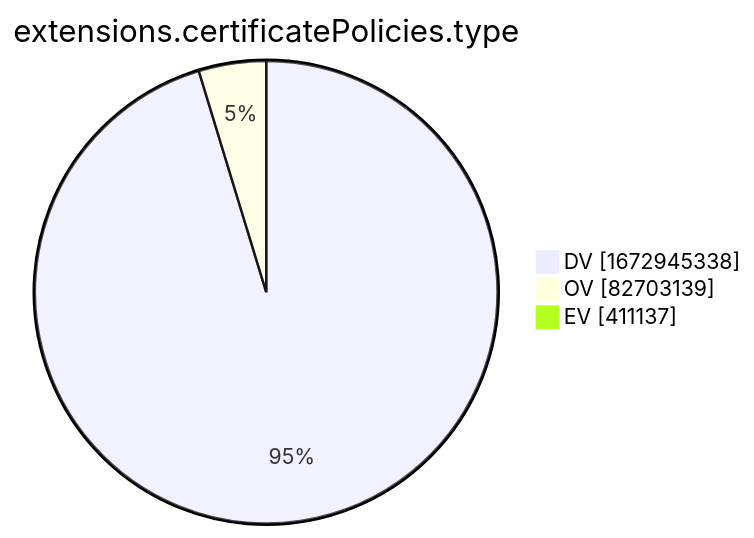
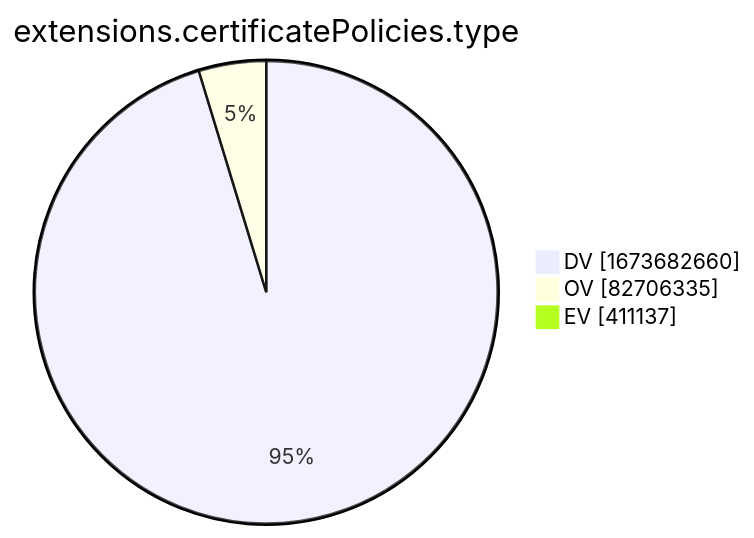
One commit to christiankrug/ctmonitor_visualization changed the tenth of 15 diagrams in xenon2022/README.md. Above: the diagram before and after it, drawn with Mermaid. The commit also changed other lines of this file, not shown here.

````diff
--- a/xenon2022/README.md
+++ b/xenon2022/README.md
@@ -2880,7 +2880,7 @@
 ```mermaid
 pie showData
 title extensions.certificatePolicies.type
-"DV" :1672945338
-"OV" :82703139
+"DV" :1673682660
+"OV" :82706335
 "EV" :411137
 ```
````
